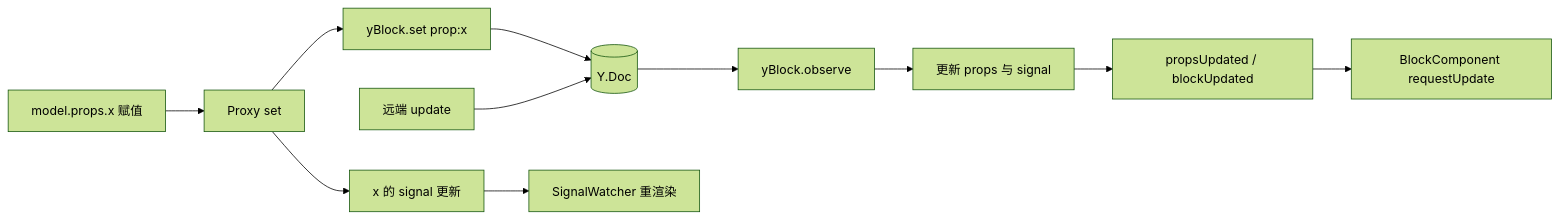
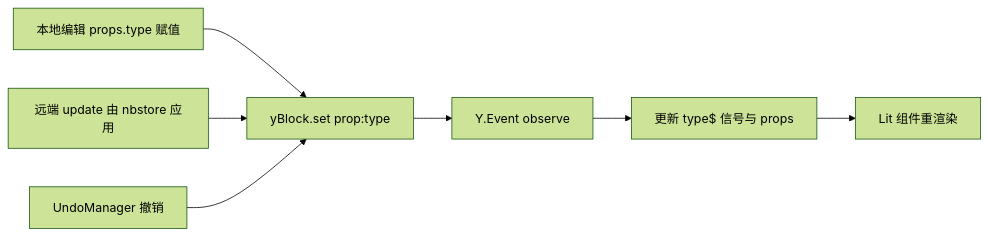
Before and after one commit to lfire/AFFiNE: the fifth of 6 diagrams in learning-guide/slides/decks/12.md, drawn with Mermaid (forest theme). The commit also changed other lines of this file and 73 other files, not shown here.

````diff
--- a/learning-guide/slides/decks/12.md
+++ b/learning-guide/slides/decks/12.md
@@ -452,13 +375,9 @@
 ```mermaid
 flowchart LR
-  W1["model.props.x 赋值"] --> W2["Proxy set"]
-  W2 --> W3["yBlock.set prop:x"]
-  W2 --> W4["x 的 signal 更新"]
-  W3 --> Y[("Y.Doc")]
-  R0["远端 update"] --> Y
-  Y --> R1["yBlock.observe"]
-  R1 --> R2["更新 props 与 signal"]
-  R2 --> R3["propsUpdated / blockUpdated"]
-  R3 --> V["BlockComponent requestUpdate"]
-  W4 --> V2["SignalWatcher 重渲染"]
+  Local["本地编辑 props.type 赋值"] --> YB["yBlock.set prop:type"]
+  Remote["远端 update 由 nbstore 应用"] --> YB
+  Undo["UndoManager 撤销"] --> YB
+  YB --> Ev["Y.Event observe"]
+  Ev --> Sig["更新 type$ 信号与 props"]
+  Sig --> UI["Lit 组件重渲染"]
 ```
````
